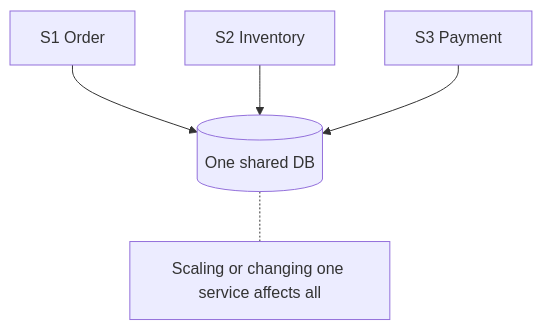
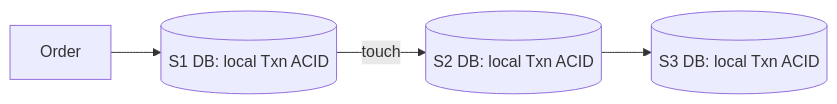
The eighth of 13 diagrams in HLD/03_04_Microservices_Design_Patterns_Notes.md (notnotnithin/System-Design-Notes), drawn with Mermaid before and after one commit. The commit also changed other lines of this file and 80 other files, not shown here.

````diff
--- a/HLD/03_04_Microservices_Design_Patterns_Notes.md
+++ b/HLD/03_04_Microservices_Design_Patterns_Notes.md
@@ -200,7 +198,6 @@
 ```mermaid
-graph TD
-  S1["S1 Order"] --> DB[("One shared DB")]
-  S2["S2 Inventory"] --> DB
-  S3["S3 Payment"] --> DB
-  DB -.- N["Scaling or changing one service affects all"]
+graph LR
+  O["Order"] --> S1[("S1 DB: local Txn ACID")]
+  S1 -->|"touch"| S2[("S2 DB: local Txn ACID")]
+  S2 --> S3[("S3 DB: local Txn ACID")]
 ```
````
